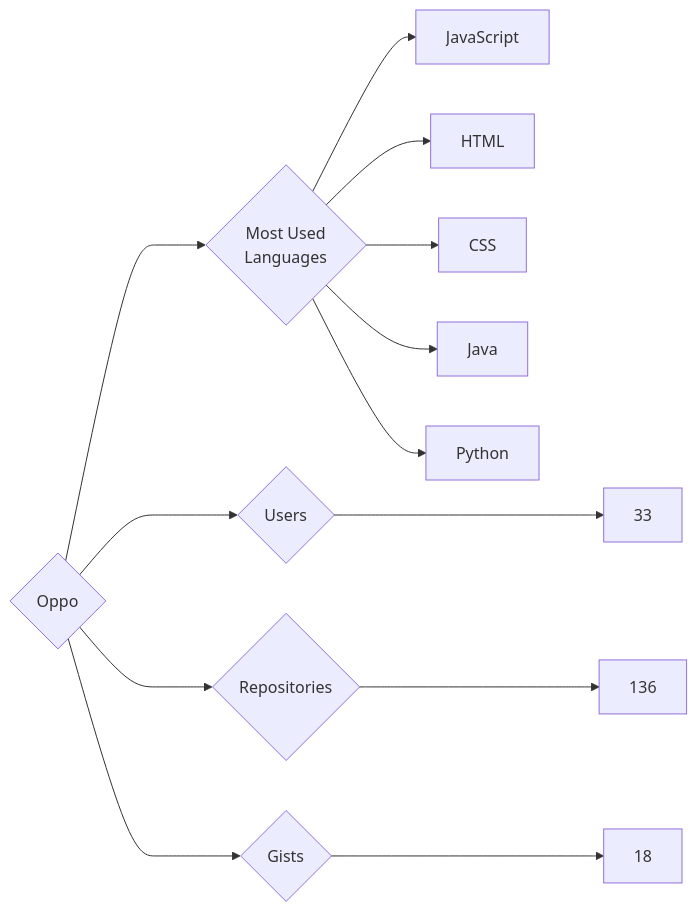
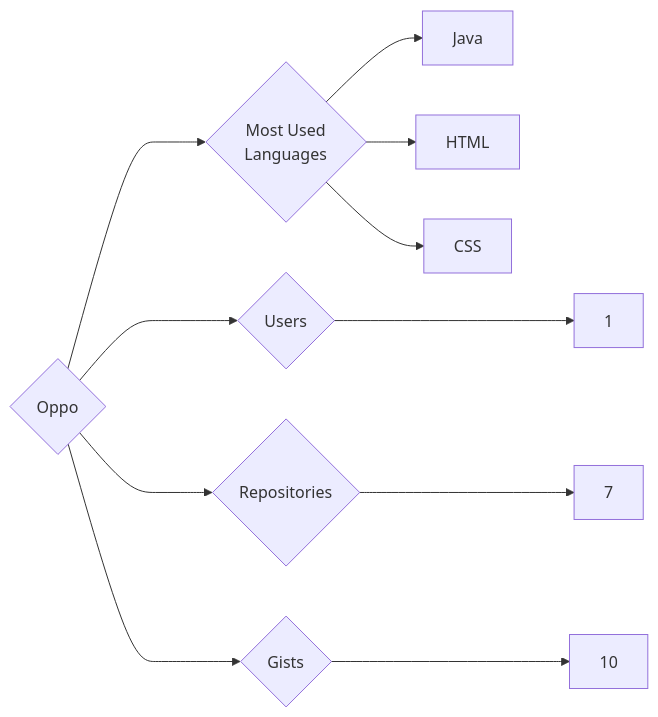
The diagram in targets/Oppo/README.md (trickest/insiders), drawn with Mermaid before and after one commit. The commit also changed 886 other files, not shown here.

````diff
--- a/targets/Oppo/README.md
+++ b/targets/Oppo/README.md
@@ -3,13 +3,11 @@
 ```mermaid
 graph LR
 COMPANY_NAME{Oppo}
-COMPANY_NAME ---> U{Users} ---> UN[33]
-COMPANY_NAME ---> R{Repositories} ---> RN[136]
-COMPANY_NAME ---> G{Gists} ---> GN[18]
+COMPANY_NAME ---> U{Users} ---> UN[1]
+COMPANY_NAME ---> R{Repositories} ---> RN[7]
+COMPANY_NAME ---> G{Gists} ---> GN[10]
 COMPANY_NAME ---> ML{Most Used<br>Languages}
-ML --> JavaScript[JavaScript]
+ML --> Java[Java]
 ML --> HTML[HTML]
 ML --> CSS[CSS]
-ML --> Java[Java]
-ML --> Python[Python]
 ```
````
